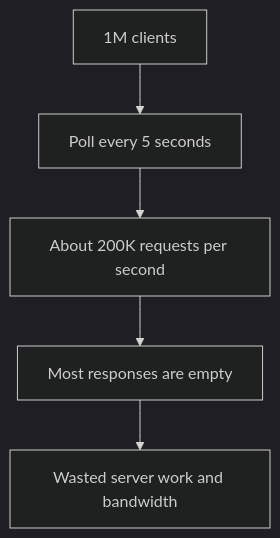
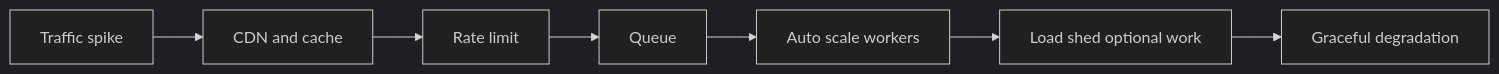
One commit to mthaiseer/springcloud-systemdesign-notes changed the sixth of 16 diagrams in HLD_NOTES/002_TYPES_OF_INTERVIEWS/001_Real_time_updates.md. Above: the diagram before and after it, drawn with Mermaid (dark theme). The commit also changed other lines of this file and 1 other file, not shown here.

````diff
--- a/HLD_NOTES/002_TYPES_OF_INTERVIEWS/001_Real_time_updates.md
+++ b/HLD_NOTES/002_TYPES_OF_INTERVIEWS/001_Real_time_updates.md
@@ -134,7 +459,9 @@
 ```mermaid
-flowchart TD
-    A[1M clients] --> B[Poll every 5 seconds]
-    B --> C[About 200K requests per second]
-    C --> D[Most responses are empty]
-    D --> E[Wasted server work and bandwidth]
+flowchart LR
+  A["Traffic spike"] --> B["CDN and cache"]
+  B --> C["Rate limit"]
+  C --> D["Queue"]
+  D --> E["Auto scale workers"]
+  E --> F["Load shed optional work"]
+  F --> G["Graceful degradation"]
 ```
````
